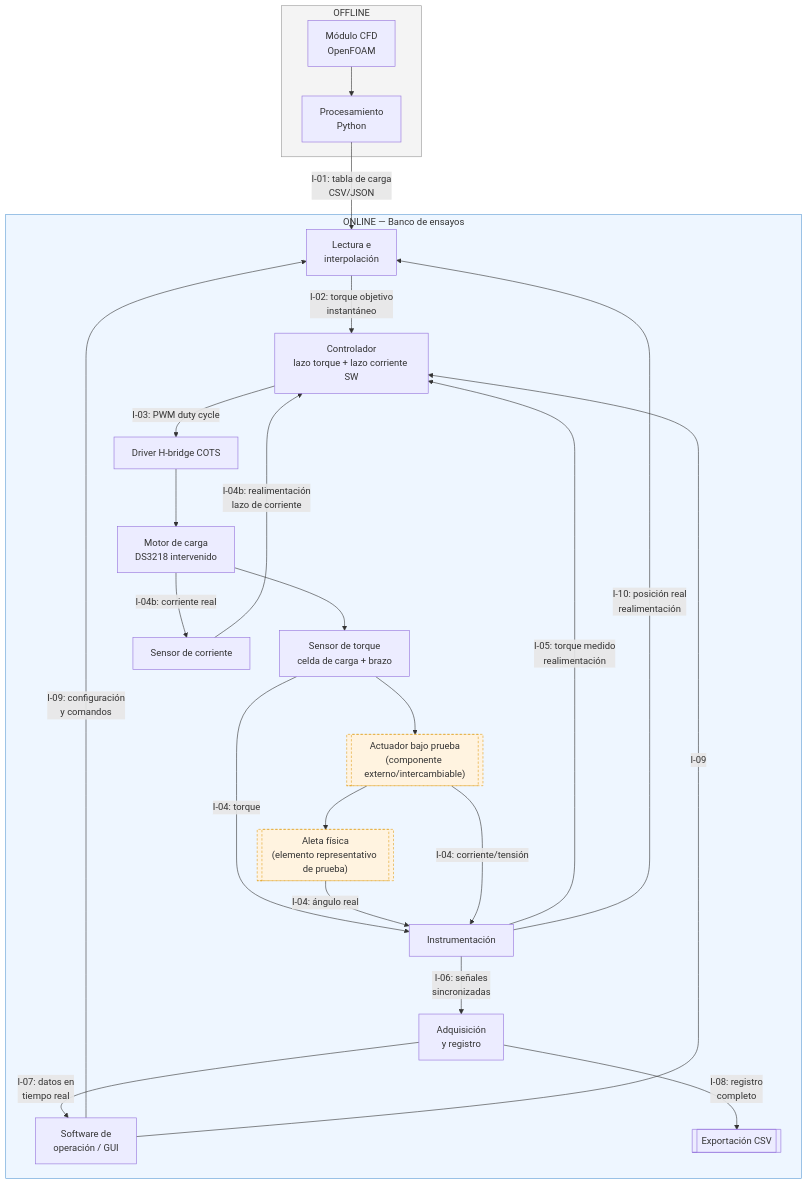
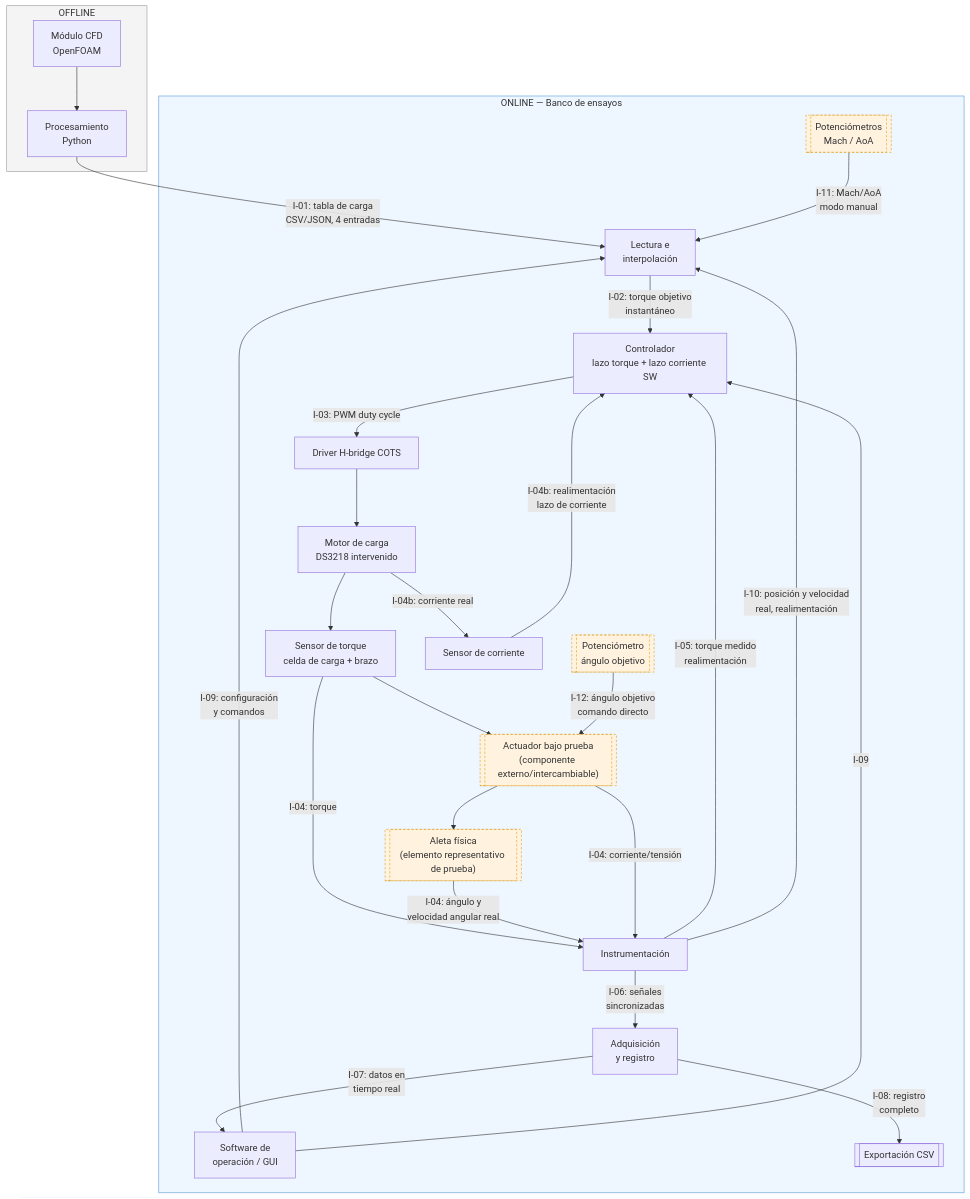
The second of 2 diagrams in 03_Requisitos/05_Arquitectura_del_Sistema.md (Pepe7150/Memoria), drawn with Mermaid before and after one commit. The commit also changed other lines of this file and 5 other files, not shown here.

Commit message:
Se extienden los OE, se agrega la dimensión de velocidad angular a las entradas y se agregan los potenciometros al diseño.

````diff
--- a/03_Requisitos/05_Arquitectura_del_Sistema.md
+++ b/03_Requisitos/05_Arquitectura_del_Sistema.md
@@ -140,48 +156,55 @@
 ```mermaid
 flowchart TB
     subgraph OFF["OFFLINE"]
         CFD[Módulo CFD<br/>OpenFOAM]
         PROC[Procesamiento<br/>Python]
         CFD --> PROC
     end
 
-    PROC -->|I-01: tabla de carga<br/>CSV/JSON| INT
+    PROC -->|I-01: tabla de carga<br/>CSV/JSON, 4 entradas| INT
+
+    POT1[["Potenciómetros<br/>Mach / AoA"]]
+    POT2[["Potenciómetro<br/>ángulo objetivo"]]
 
     subgraph ON["ONLINE — Banco de ensayos"]
         INT[Lectura e<br/>interpolación]
         CTRL[Controlador<br/>lazo torque + lazo corriente SW]
         DRV[Driver H-bridge COTS]
         LOADM[Motor de carga<br/>DS3218 intervenido]
         TSENS[Sensor de torque<br/>celda de carga + brazo]
         CSENS[Sensor de corriente]
         ACT[["Actuador bajo prueba<br/>(componente externo/intercambiable)"]]
         FIN[["Aleta física<br/>(elemento representativo de prueba)"]]
         INSTR[Instrumentación]
         DAQ[Adquisición<br/>y registro]
         UI[Software de<br/>operación / GUI]
 
         INT -->|I-02: torque objetivo<br/>instantáneo| CTRL
         CTRL -->|I-03: PWM duty cycle| DRV
         DRV --> LOADM
         LOADM --> TSENS
         TSENS --> ACT
         ACT --> FIN
         LOADM -->|I-04b: corriente real| CSENS
         CSENS -->|I-04b: realimentación<br/>lazo de corriente| CTRL
         TSENS -->|I-04: torque| INSTR
-        FIN -->|I-04: ángulo real| INSTR
+        FIN -->|I-04: ángulo y<br/>velocidad angular real| INSTR
         ACT -->|I-04: corriente/tensión| INSTR
         INSTR -->|I-05: torque medido<br/>realimentación| CTRL
-        INSTR -->|I-10: posición real<br/>realimentación| INT
+        INSTR -->|I-10: posición y velocidad<br/>real, realimentación| INT
         INSTR -->|I-06: señales<br/>sincronizadas| DAQ
         DAQ -->|I-07: datos en<br/>tiempo real| UI
         DAQ -->|I-08: registro<br/>completo| EXP[[Exportación CSV]]
         UI -->|I-09: configuración<br/>y comandos| INT
         UI -->|I-09| CTRL
+        POT1 -->|I-11: Mach/AoA<br/>modo manual| INT
+        POT2 -->|I-12: ángulo objetivo<br/>comando directo| ACT
     end
 
     style OFF fill:#f4f4f4,stroke:#999
     style ON fill:#eef6ff,stroke:#5b9bd5
     style ACT fill:#fff3e0,stroke:#e0a020,stroke-dasharray: 4 3
     style FIN fill:#fff3e0,stroke:#e0a020,stroke-dasharray: 4 3
+    style POT1 fill:#fff3e0,stroke:#e0a020,stroke-dasharray: 4 3
+    style POT2 fill:#fff3e0,stroke:#e0a020,stroke-dasharray: 4 3
 ```
````
